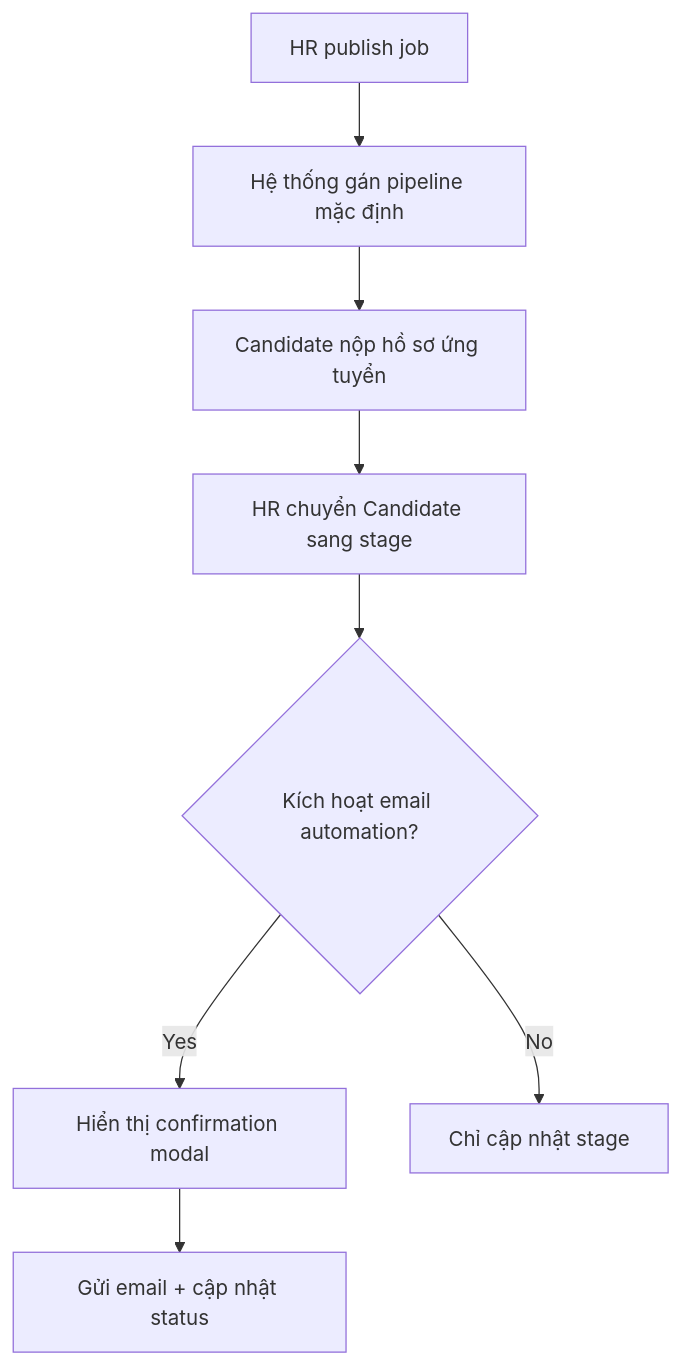
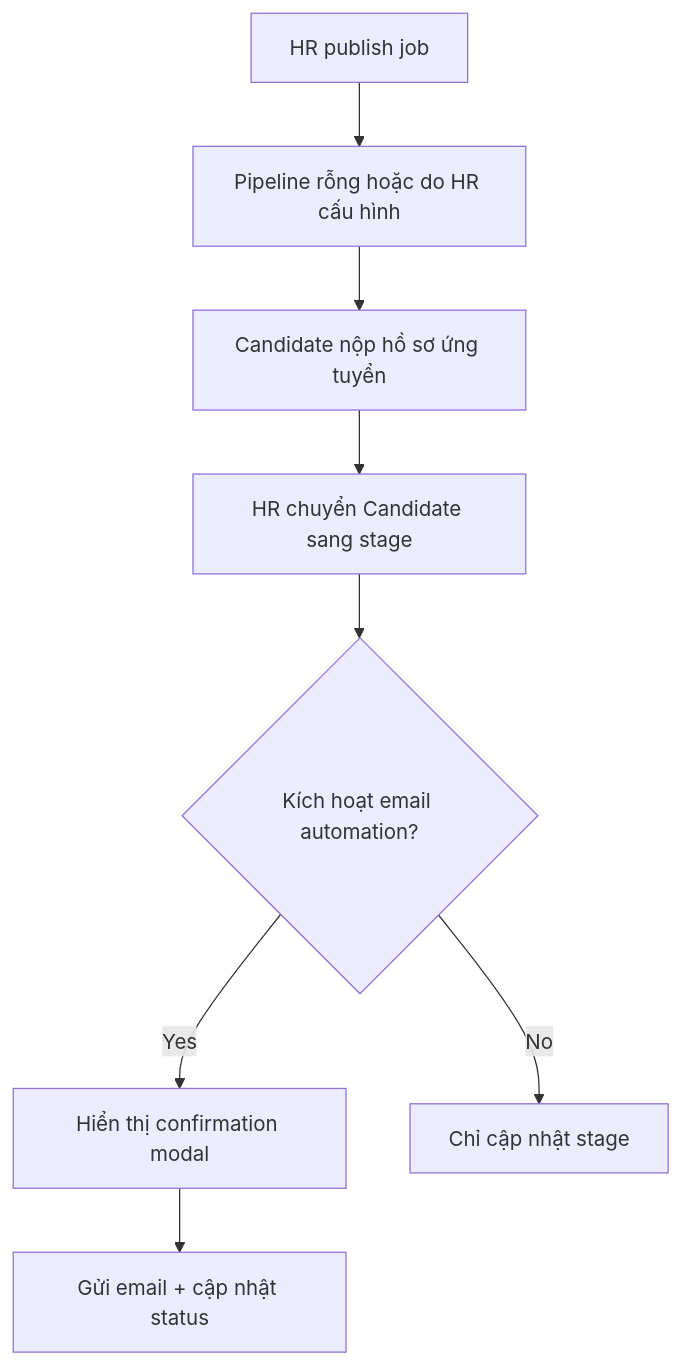
One commit to VanHaPtit/EasyTech_FE changed the diagram in nghiep_vu/epic-04_Pipeline_Automation/brief.md. Above: the diagram before and after it, drawn with Mermaid. The commit also changed other lines of this file and 14 other files, not shown here.

````diff
--- a/nghiep_vu/epic-04_Pipeline_Automation/brief.md
+++ b/nghiep_vu/epic-04_Pipeline_Automation/brief.md
@@ -15,10 +15,10 @@
 ```mermaid
 graph TD
-  A[HR publish job] --> B[Hệ thống gán pipeline mặc định]
+  A[HR publish job] --> B[Pipeline rỗng hoặc do HR cấu hình]
   B --> C[Candidate nộp hồ sơ ứng tuyển]
   C --> D[HR chuyển Candidate sang stage]
   D --> E{Kích hoạt email automation?}
   E -- Yes --> F[Hiển thị confirmation modal]
   F --> G[Gửi email + cập nhật status]
   E -- No --> H[Chỉ cập nhật stage]
 ```
````
